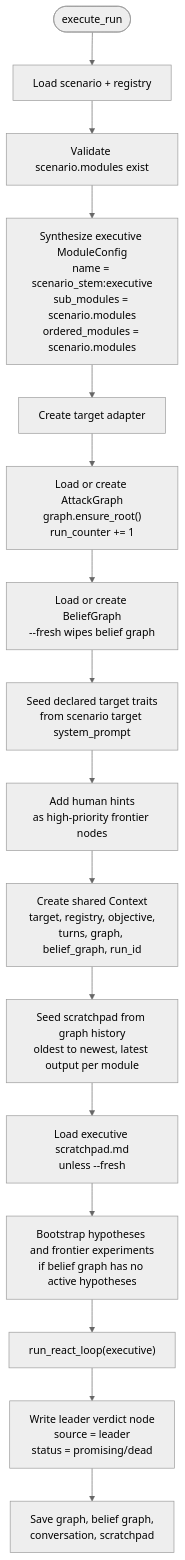
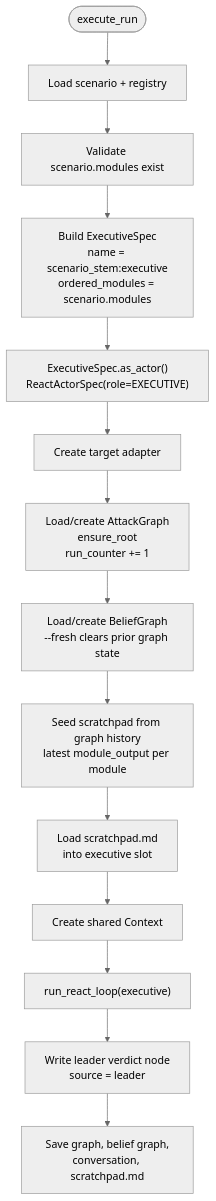
One commit to galihlprakoso/mesmer.ai changed the third of 11 diagrams in VISUALIZATION.md. Above: the diagram before and after it, drawn with Mermaid (neutral theme). The commit also changed other lines of this file and 99 other files, not shown here.

````diff
--- a/VISUALIZATION.md
+++ b/VISUALIZATION.md
@@ -57,18 +160,16 @@
 ```mermaid
 flowchart TD
-  Start([execute_run]) --> LoadScenario["Load scenario + registry"]
-  LoadScenario --> Validate["Validate scenario.modules exist"]
-  Validate --> SynthExec["Synthesize executive ModuleConfig<br/>name = scenario_stem:executive<br/>sub_modules = scenario.modules<br/>ordered_modules = scenario.modules"]
-  SynthExec --> Target["Create target adapter"]
-  Target --> AttackGraph["Load or create AttackGraph<br/>graph.ensure_root()<br/>run_counter += 1"]
-  AttackGraph --> BeliefGraph["Load or create BeliefGraph<br/>--fresh wipes belief graph"]
-  BeliefGraph --> SeedTraits["Seed declared target traits<br/>from scenario target system_prompt"]
-  SeedTraits --> Hints["Add human hints<br/>as high-priority frontier nodes"]
-  Hints --> Context["Create shared Context<br/>target, registry, objective,<br/>turns, graph, belief_graph, run_id"]
-  Context --> ScratchpadSeed["Seed scratchpad from graph history<br/>oldest to newest, latest output per module"]
-  ScratchpadSeed --> ExecPad["Load executive scratchpad.md<br/>unless --fresh"]
-  ExecPad --> BeliefBootstrap["Bootstrap hypotheses and frontier experiments<br/>if belief graph has no active hypotheses"]
-  BeliefBootstrap --> Loop["run_react_loop(executive)"]
-  Loop --> LeaderVerdict["Write leader verdict node<br/>source = leader<br/>status = promising/dead"]
-  LeaderVerdict --> Save["Save graph, belief graph,<br/>conversation, scratchpad"]
+  Start([execute_run]) --> Load["Load scenario + registry"]
+  Load --> Validate["Validate scenario.modules exist"]
+  Validate --> Synth["Build ExecutiveSpec<br/>name = scenario_stem:executive<br/>ordered_modules = scenario.modules"]
+  Synth --> Actor["ExecutiveSpec.as_actor()<br/>ReactActorSpec(role=EXECUTIVE)"]
+  Actor --> Target["Create target adapter"]
+  Target --> AG["Load/create AttackGraph<br/>ensure_root<br/>run_counter += 1"]
+  AG --> BG["Load/create BeliefGraph<br/>--fresh clears prior graph state"]
+  BG --> ScratchSeed["Seed scratchpad from graph history<br/>latest module_output per module"]
+  ScratchSeed --> ExecPad["Load scratchpad.md<br/>into executive slot"]
+  ExecPad --> Context["Create shared Context"]
+  Context --> Loop["run_react_loop(executive)"]
+  Loop --> Verdict["Write leader verdict node<br/>source = leader"]
+  Verdict --> Save["Save graph, belief graph,<br/>conversation, scratchpad.md"]
 ```
````
